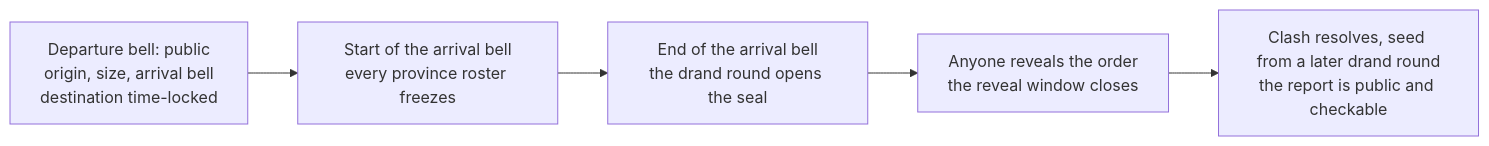
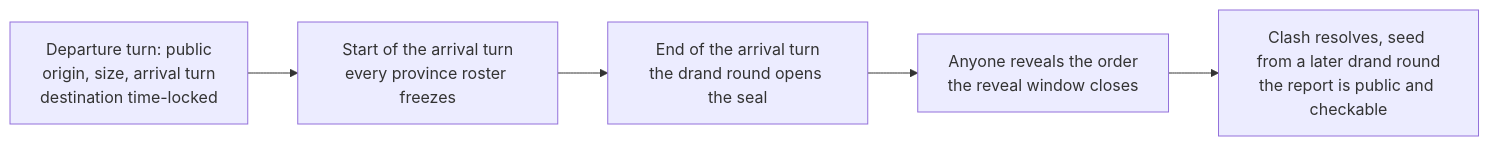
One commit to r0ze998/wylls changed the first of 3 diagrams in docs/DESIGN-OVERVIEW.md. Above: the diagram before and after it, drawn with Mermaid. The commit also changed other lines of this file and 12 other files, not shown here.

First line of the commit message:
Frontier unify: reader-facing documents use turn instead of bell

````diff
--- a/docs/DESIGN-OVERVIEW.md
+++ b/docs/DESIGN-OVERVIEW.md
@@ -106,7 +106,7 @@
 ```mermaid
 flowchart LR
-  A["Departure bell: public<br/>origin, size, arrival bell<br/>destination time-locked"] --> B["Start of the arrival bell<br/>every province roster freezes"]
-  B --> C["End of the arrival bell<br/>the drand round opens the seal"]
+  A["Departure turn: public<br/>origin, size, arrival turn<br/>destination time-locked"] --> B["Start of the arrival turn<br/>every province roster freezes"]
+  B --> C["End of the arrival turn<br/>the drand round opens the seal"]
   C --> D["Anyone reveals the order<br/>the reveal window closes"]
   D --> E["Clash resolves, seed from a later drand round<br/>the report is public and checkable"]
 ```
````
